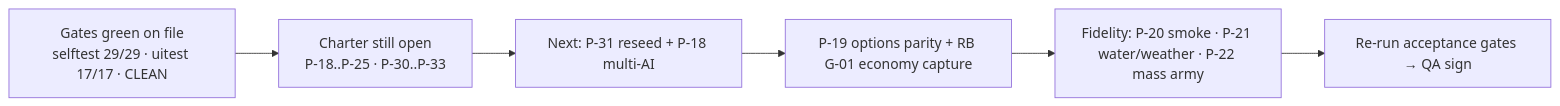
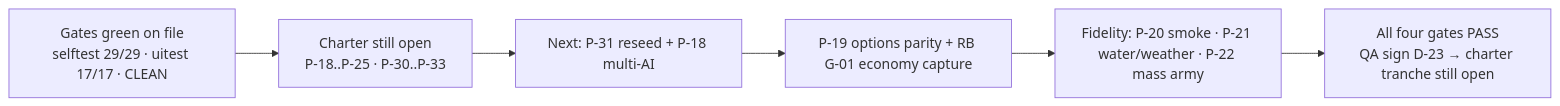
One commit to xevilmaxx/CossacksGodot changed the first of 2 diagrams in docs/STATUS_SKIRMISH.md. Above: the diagram before and after it, drawn with Mermaid. The commit also changed other lines of this file and 1531 other files, not shown here.

````diff
--- a/docs/STATUS_SKIRMISH.md
+++ b/docs/STATUS_SKIRMISH.md
@@ -42,8 +42,8 @@
 ```mermaid
 flowchart LR
   A["Gates green on file<br/>selftest 29/29 · uitest 17/17 · CLEAN"] --> B["Charter still open<br/>P-18..P-25 · P-30..P-33"]
   B --> C["Next: P-31 reseed + P-18 multi-AI"]
   C --> D["P-19 options parity + RB G-01 economy capture"]
   D --> E["Fidelity: P-20 smoke · P-21 water/weather · P-22 mass army"]
-  E --> F["Re-run acceptance gates → QA sign"]
+  E --> F["All four gates PASS<br/>QA sign D-23 → charter tranche still open"]
 ```
````
